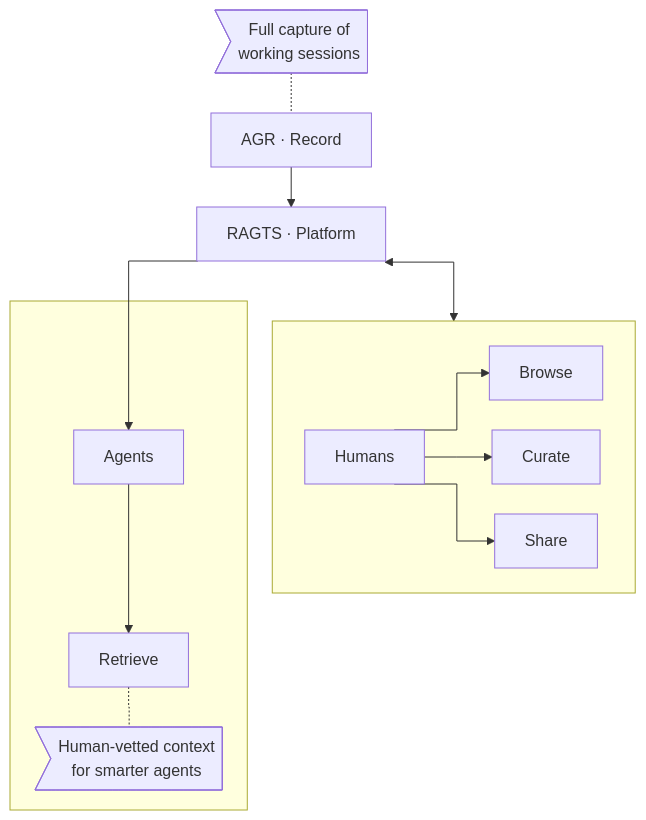
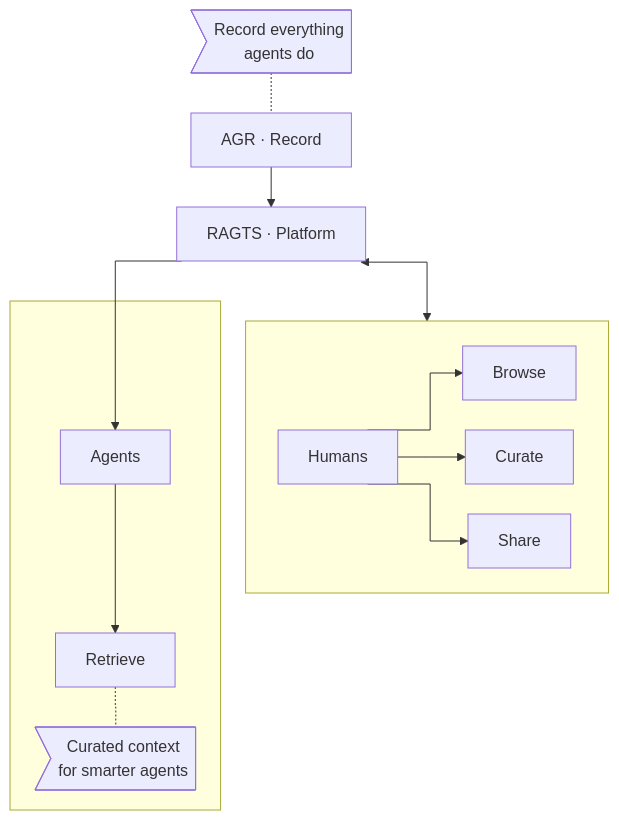
One commit to thiscantbeserious/ragts-learning-platform changed the diagram in README.md. Above: the diagram before and after it, drawn with Mermaid.

````diff
--- a/README.md
+++ b/README.md
@@ -28,21 +28,21 @@
 ```mermaid
 %%{ init: { 'flowchart': { 'curve': 'stepAfter', 'nodeSpacing': 30, 'rankSpacing': 40 } } }%%
 graph TD
-    AD>Full capture of<br/>working sessions] -.- A
+    AD>Record everything<br/>agents do] -.- A
     A[AGR · Record] --> R[RAGTS · Platform]
 
     R <--> H[Humans]
     R --> AG[Agents]
 
     subgraph " "
         direction LR
         H --> Browse
         H --> Curate
         H --> Share
     end
 
     subgraph "  "
         AG --> Retrieve
-        Retrieve -.- RD>Human-vetted context<br/>for smarter agents]
+        Retrieve -.- RD>Curated context<br/>for smarter agents]
     end
 ```
````
